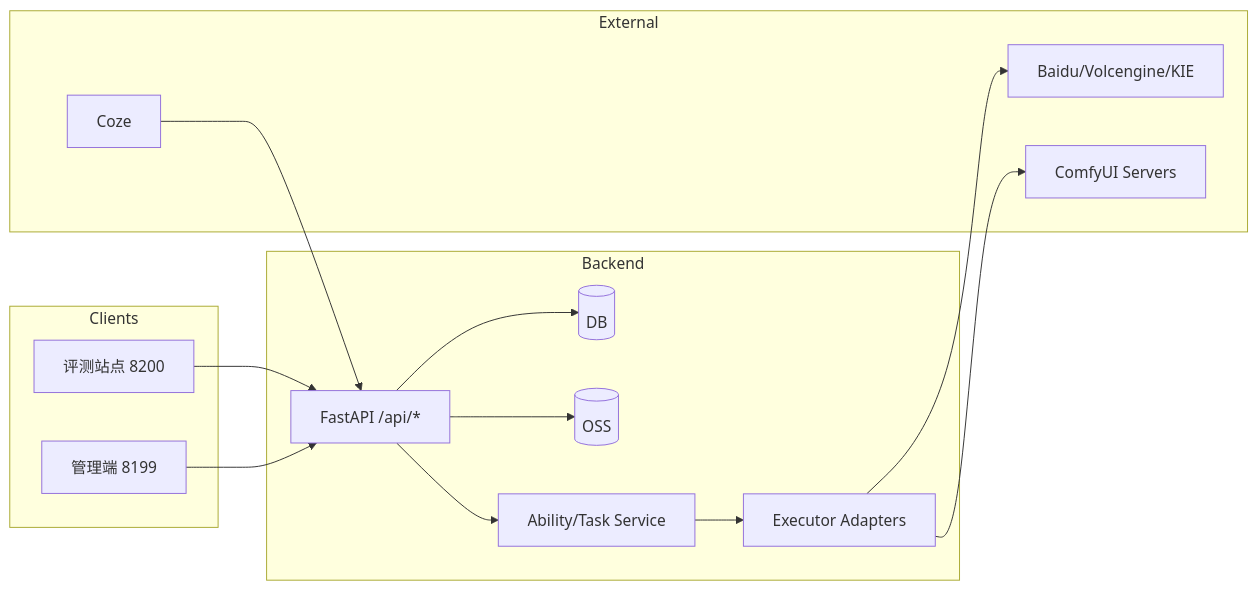
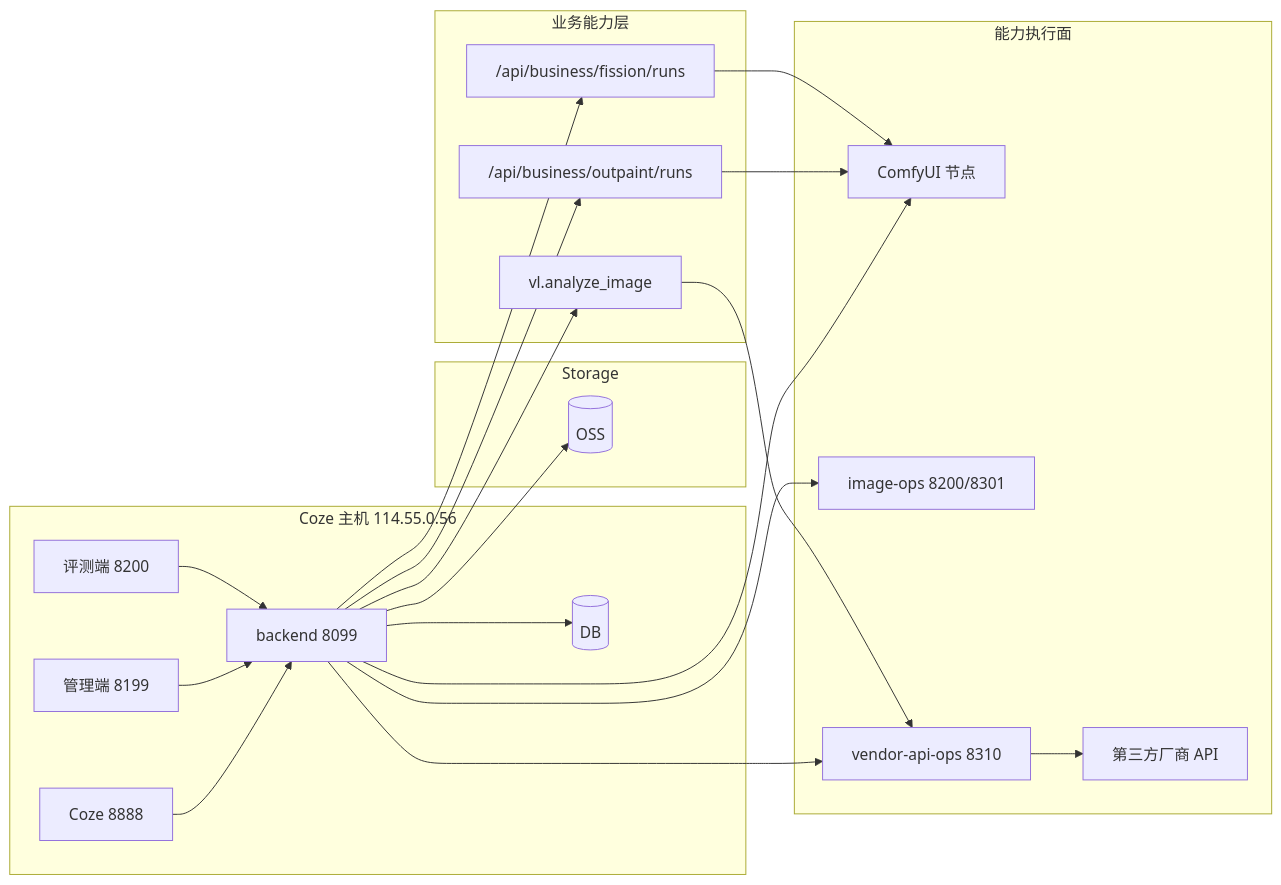
One commit to zhangx1234994/POD_AI changed the diagram in docs/architecture.md. Above: the diagram before and after it, drawn with Mermaid. The commit also changed other lines of this file and 200 other files, not shown here.

Commit message:
feat: add business auth and vendor governance

````diff
--- a/docs/architecture.md
+++ b/docs/architecture.md
@@ -24,27 +28,39 @@
 ```mermaid
 flowchart LR
-    subgraph Clients
-        A[评测站点 8200]
+    subgraph CozeHost["Coze 主机 114.55.0.56"]
+        H[Coze 8888]
+        C[backend 8099]
         B[管理端 8199]
+        A[评测端 8200]
+        D[(DB)]
     end
-    subgraph Backend
-        C[FastAPI /api/*]
-        D[(DB)]
+    subgraph Storage
         E[(OSS)]
-        F[Ability/Task Service]
-        G[Executor Adapters]
     end
-    subgraph External
-        H[Coze]
-        I[Baidu/Volcengine/KIE]
-        J[ComfyUI Servers]
+    subgraph BusinessLayer["业务能力层"]
+        F["/api/business/fission/runs"]
+        G["/api/business/outpaint/runs"]
+        I["vl.analyze_image"]
+    end
+    subgraph AbilityPlane["能力执行面"]
+        J[ComfyUI 节点]
+        K[image-ops 8200/8301]
+        L[vendor-api-ops 8310]
+        M[第三方厂商 API]
     end
 
     A --> C
     B --> C
+    H --> C
+    C --> F
+    C --> G
+    C --> I
     C --> D
     C --> E
-    C --> F --> G --> I
+    F --> J
     G --> J
-    H --> C
+    I --> L
+    C --> J
+    C --> K
+    C --> L --> M
 ```
````
